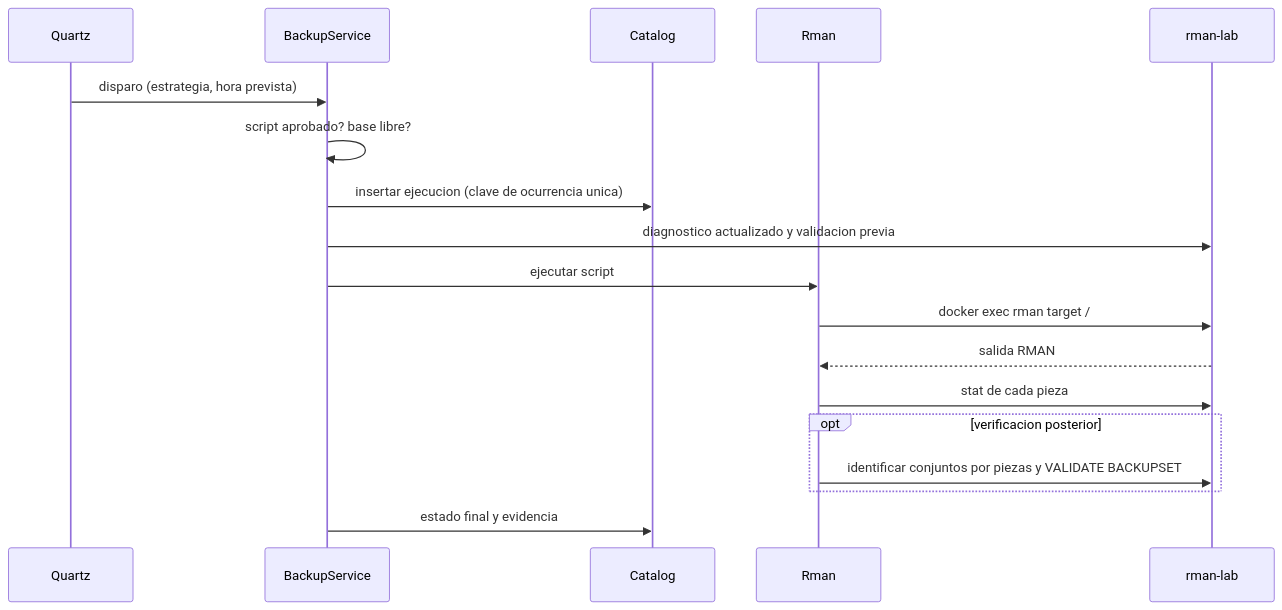
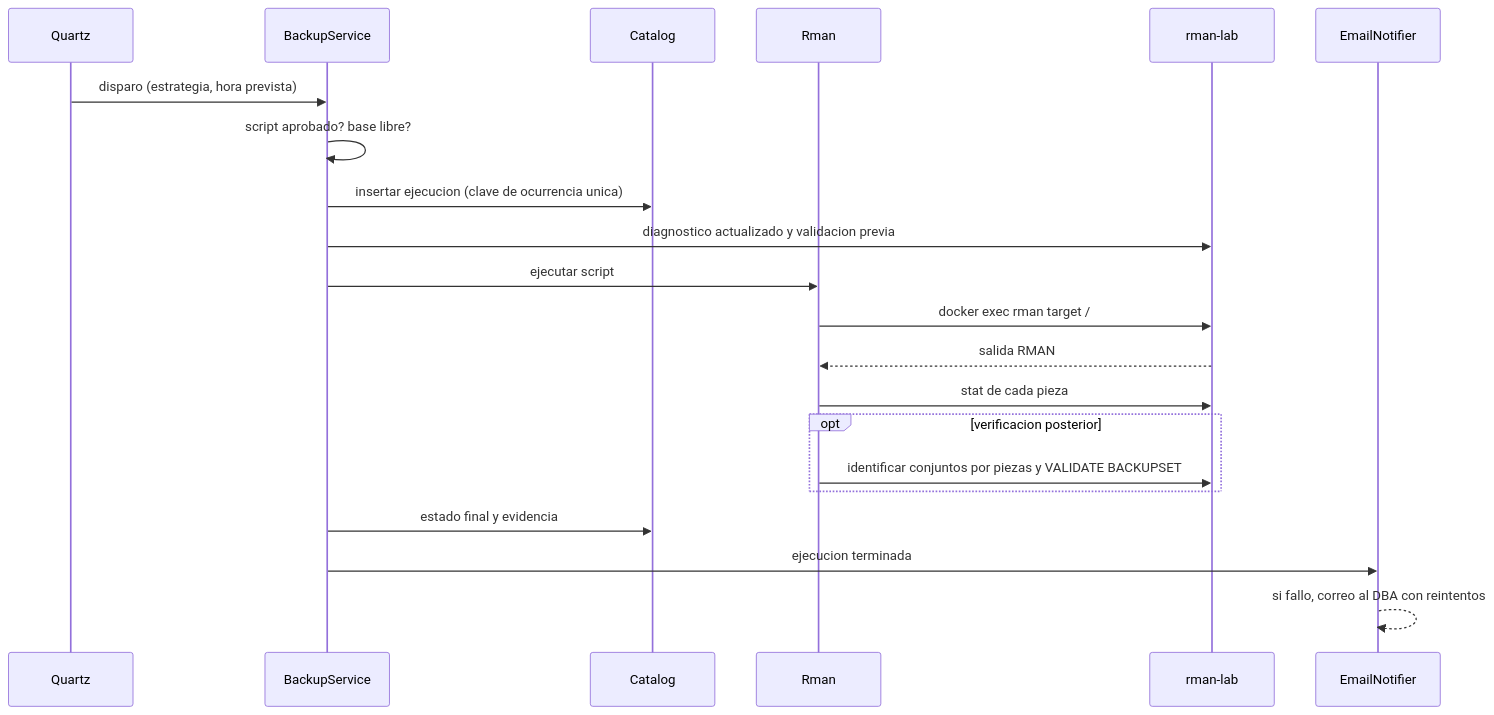
Before and after one commit to Adrian123CRff/Redolog: the fourth of 4 diagrams in docs/analisis-y-diseno.md, drawn with Mermaid. The commit also changed other lines of this file and 1 other file, not shown here.

First line of the commit message:
Documentar la prueba real del correo y actualizar el diseno

````diff
--- a/docs/analisis-y-diseno.md
+++ b/docs/analisis-y-diseno.md
@@ -399,20 +408,23 @@
 ```mermaid
 sequenceDiagram
     participant Q as Quartz
     participant S as BackupService
     participant C as Catalog
     participant R as Rman
     participant O as rman-lab
+    participant N as EmailNotifier
     Q->>S: disparo (estrategia, hora prevista)
     S->>S: script aprobado? base libre?
     S->>C: insertar ejecucion (clave de ocurrencia unica)
     S->>O: diagnostico actualizado y validacion previa
     S->>R: ejecutar script
     R->>O: docker exec rman target /
     O-->>R: salida RMAN
     R->>O: stat de cada pieza
     opt verificacion posterior
         R->>O: identificar conjuntos por piezas y VALIDATE BACKUPSET
     end
     S->>C: estado final y evidencia
+    S->>N: ejecucion terminada
+    N-->>N: si fallo, correo al DBA con reintentos
 ```
````
